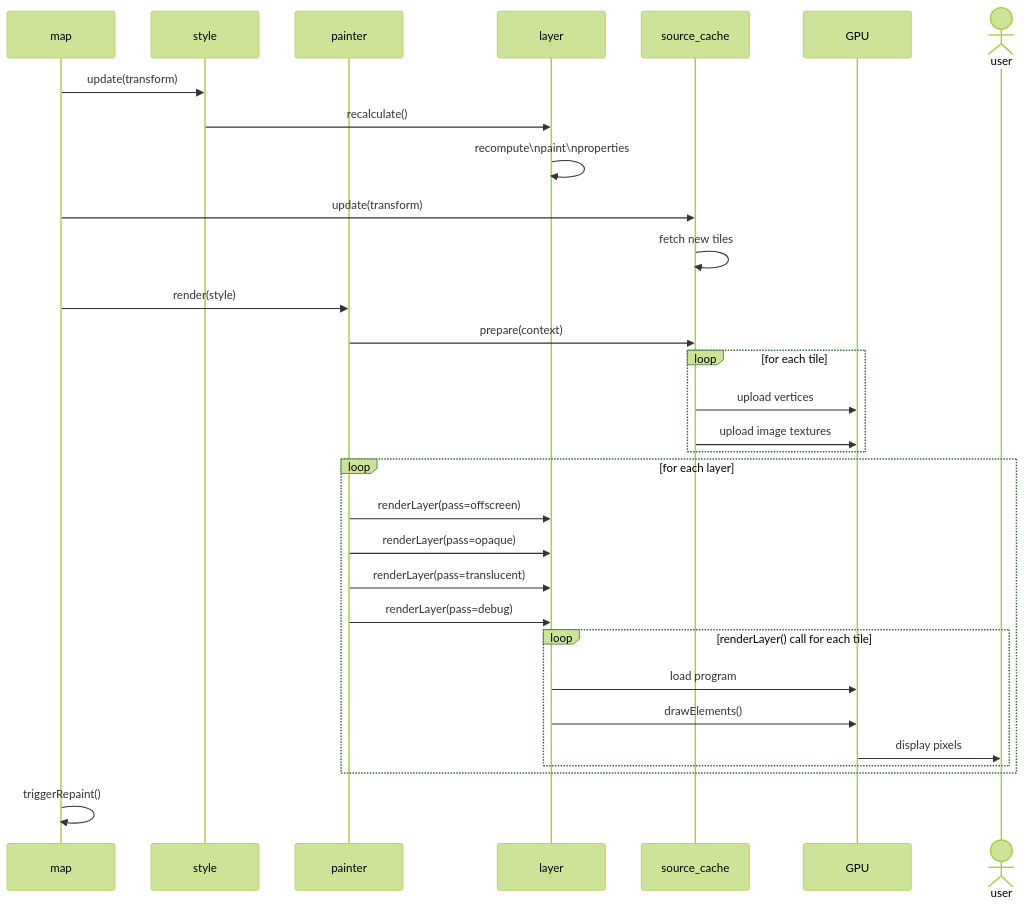
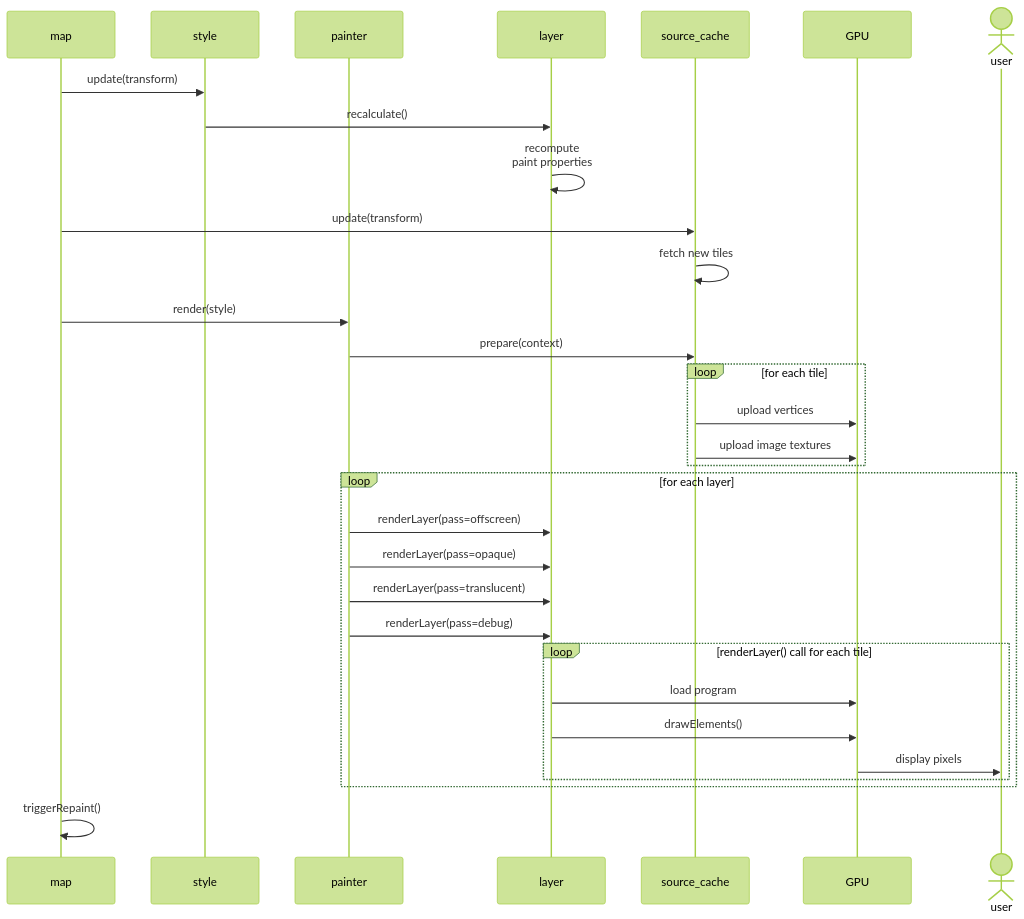
Before and after one commit to maplibre/maplibre-gl-js: the third of 3 diagrams in developer-guides/life-of-a-tile.md, drawn with Mermaid (forest theme). The commit also changed other lines of this file, not shown here.

````diff
--- a/developer-guides/life-of-a-tile.md
+++ b/developer-guides/life-of-a-tile.md
@@ -154,34 +154,34 @@
 ```mermaid
 sequenceDiagram
     participant map
     participant style
     participant painter
     participant layer
     participant source_cache
     participant GPU
     actor user
 
     map->>style: update(transform)
     style->>layer: recalculate()
-    layer->>layer: recompute\npaint\nproperties
+    layer->>layer: recompute<br>paint properties
     map->>source_cache: update(transform)
     source_cache->>source_cache: fetch new tiles
     map->>painter: render(style)
     painter->>source_cache: prepare(context)
     loop for each tile
     source_cache->>GPU: upload vertices
     source_cache->>GPU: upload image textures
     end
     loop for each layer
     painter->>layer: renderLayer(pass=offscreen)
     painter->>layer: renderLayer(pass=opaque)
     painter->>layer: renderLayer(pass=translucent)
     painter->>layer: renderLayer(pass=debug)
     loop renderLayer() call for each tile
     layer->>GPU: load program
     layer->>GPU: drawElements()
     GPU->>user: display pixels
     end
     end
     map->>map: triggerRepaint()
 ```
````
